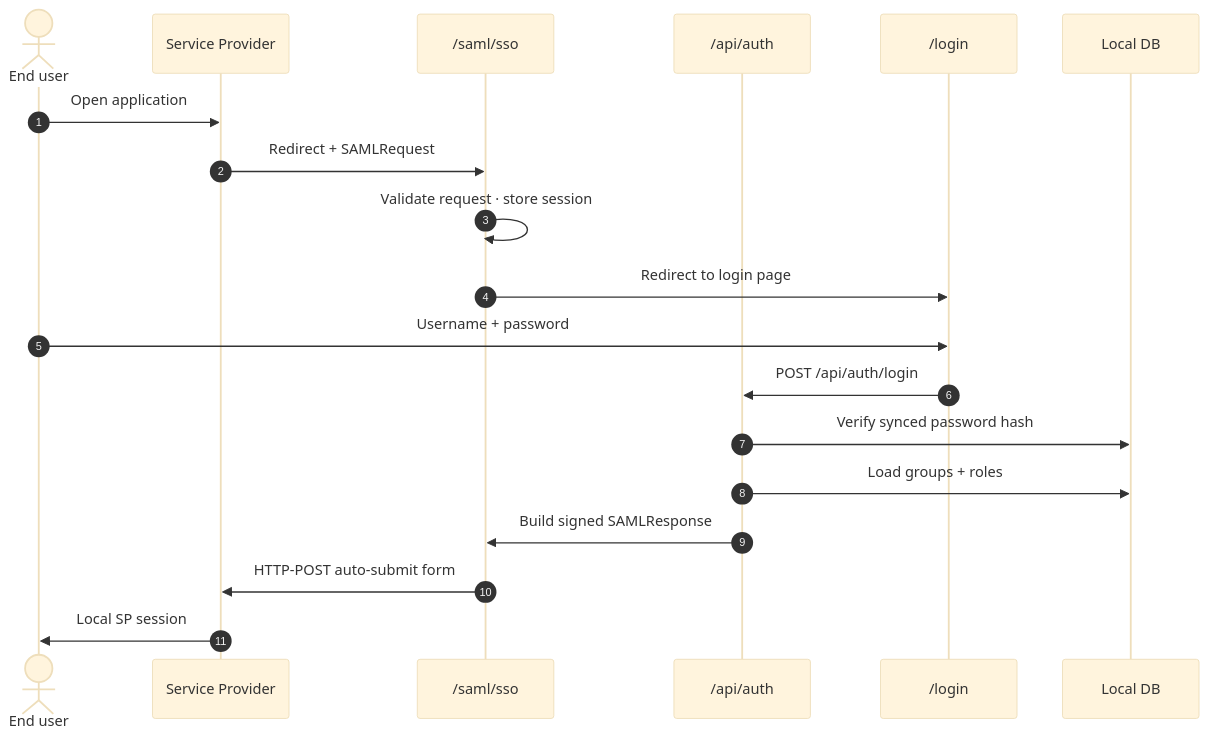
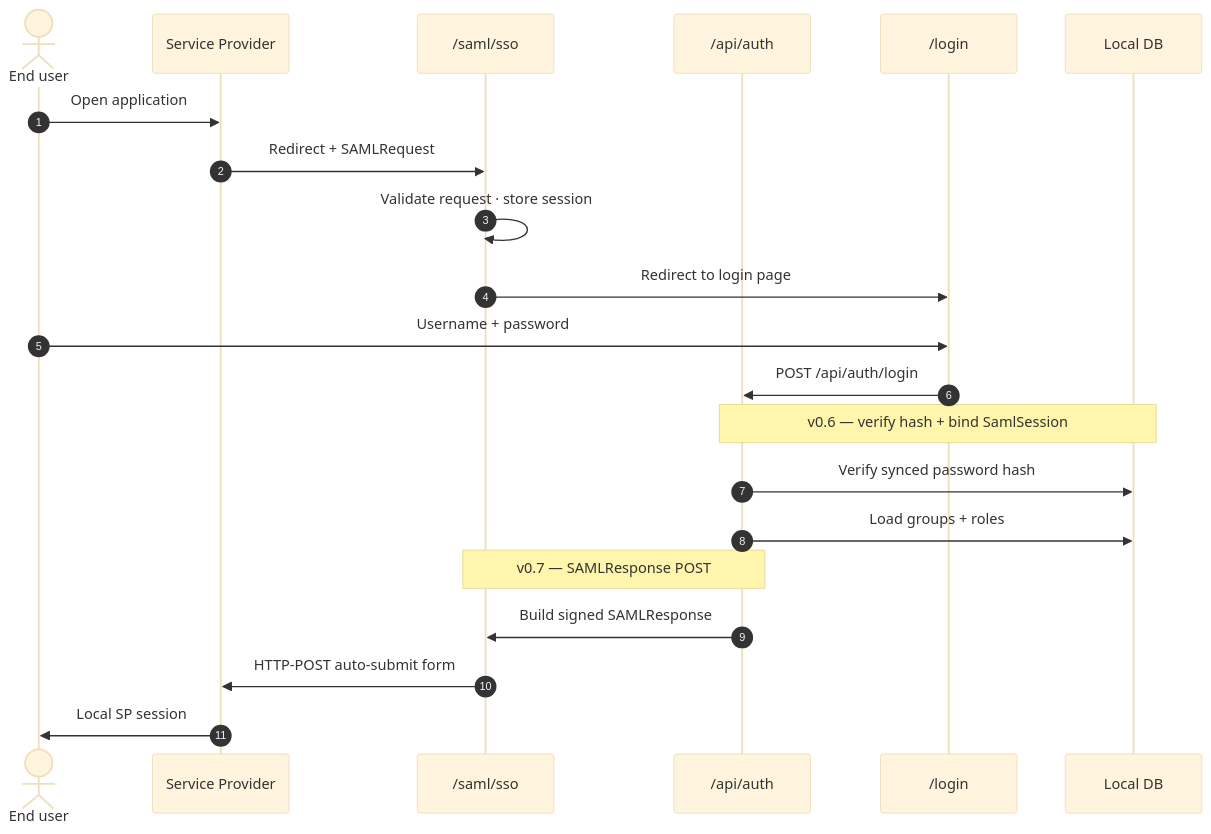
One commit to 01laky/NestIdP changed the diagram in docs/img/sso-flow.mmd. Above: the diagram before and after it, drawn with Mermaid (base theme). The commit also changed 54 other files, not shown here.

First line of the commit message:
feat(auth): add end-user login, sessions, and SAML bind stub for v0.6.0

```diff
--- a/docs/img/sso-flow.mmd
+++ b/docs/img/sso-flow.mmd
@@ -1,20 +1,22 @@
 sequenceDiagram
 	autonumber
 	actor User as End user
 	participant SP as Service Provider
 	participant SAML as /saml/sso
 	participant Auth as /api/auth
 	participant Login as /login
 	participant DB as Local DB
 
 	User->>SP: Open application
 	SP->>SAML: Redirect + SAMLRequest
 	SAML->>SAML: Validate request · store session
 	SAML->>Login: Redirect to login page
 	User->>Login: Username + password
 	Login->>Auth: POST /api/auth/login
+	Note over Auth,DB: v0.6 — verify hash + bind SamlSession
 	Auth->>DB: Verify synced password hash
 	Auth->>DB: Load groups + roles
+	Note over Auth,SAML: v0.7 — SAMLResponse POST
 	Auth->>SAML: Build signed SAMLResponse
 	SAML->>SP: HTTP-POST auto-submit form
 	SP->>User: Local SP session
```
